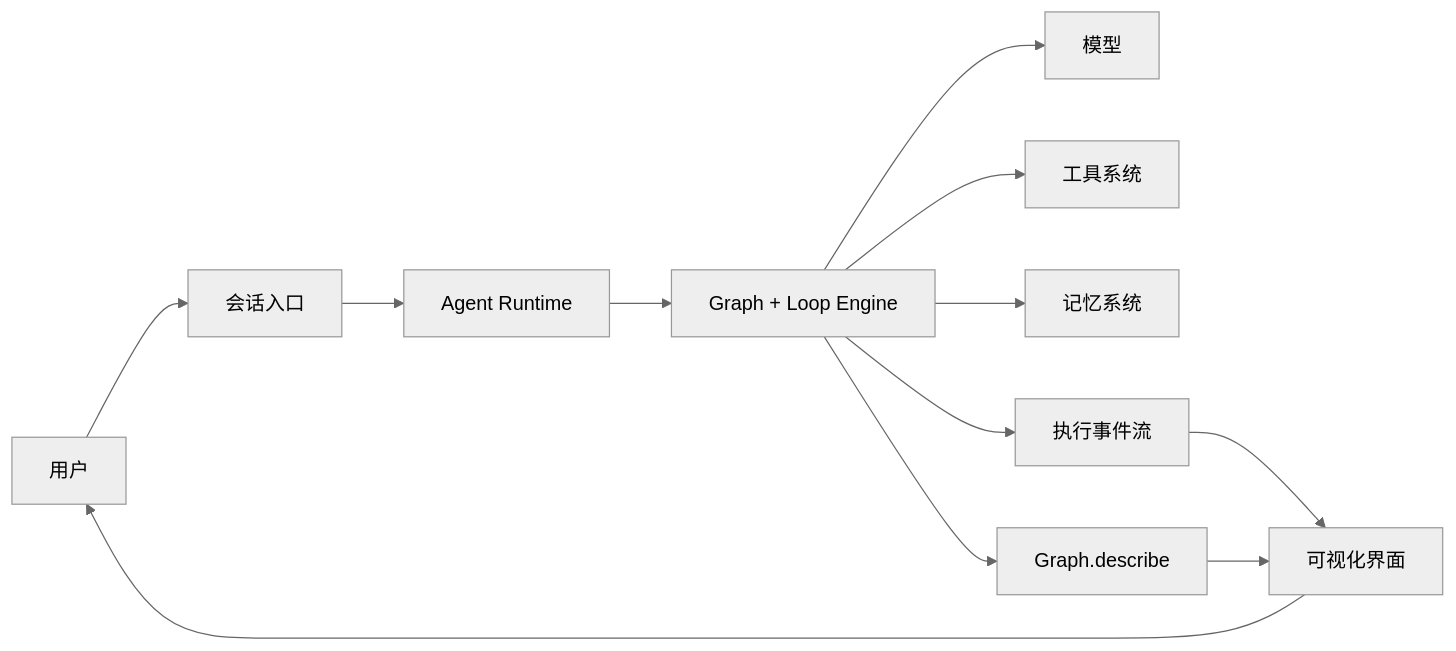
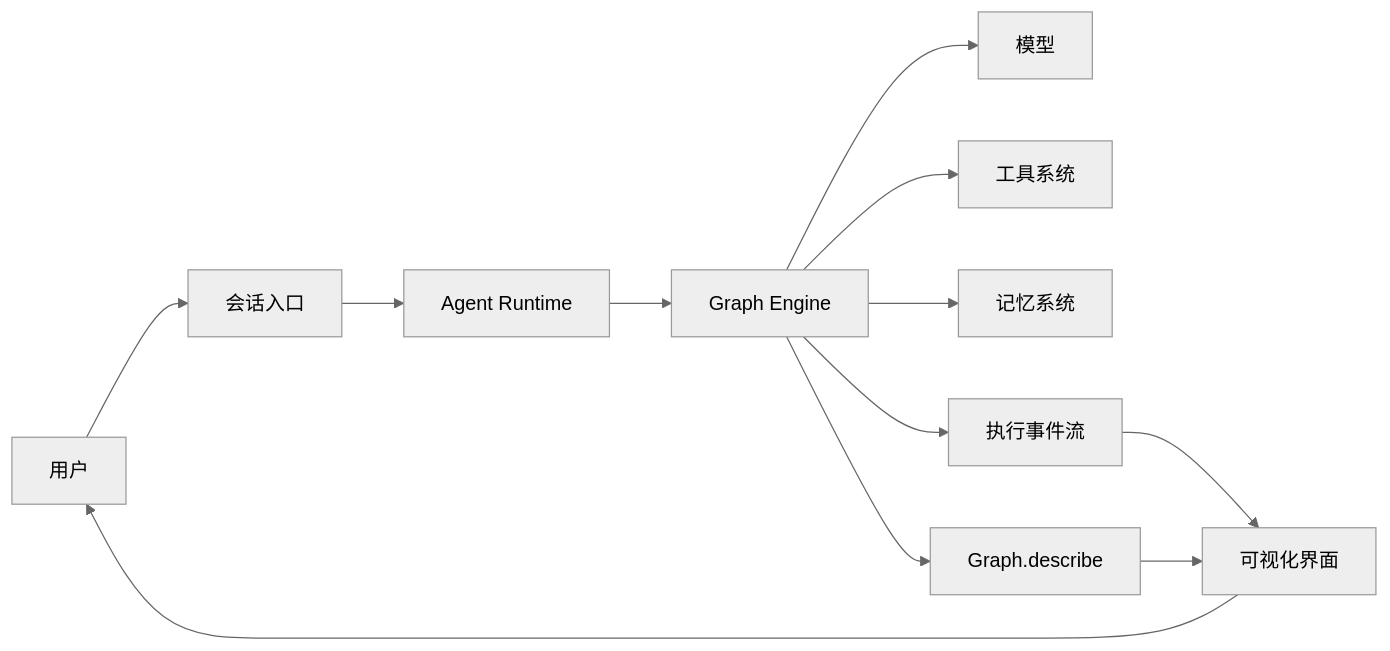
Before and after one commit to z114880/everything-agent: the diagram in README.md, drawn with Mermaid (neutral theme). The commit also changed other lines of this file and 8 other files, not shown here.

````diff
--- a/README.md
+++ b/README.md
@@ -33,14 +33,14 @@
 ```mermaid
 flowchart LR
     U[用户] --> C[会话入口]
     C --> R[Agent Runtime]
-    R --> G[Graph + Loop Engine]
+    R --> G[Graph Engine]
     G --> M[模型]
     G --> T[工具系统]
     G --> ME[记忆系统]
     G --> E[执行事件流]
     G --> D[Graph.describe]
     E --> V[可视化界面]
     D --> V
     V --> U
 ```
````
